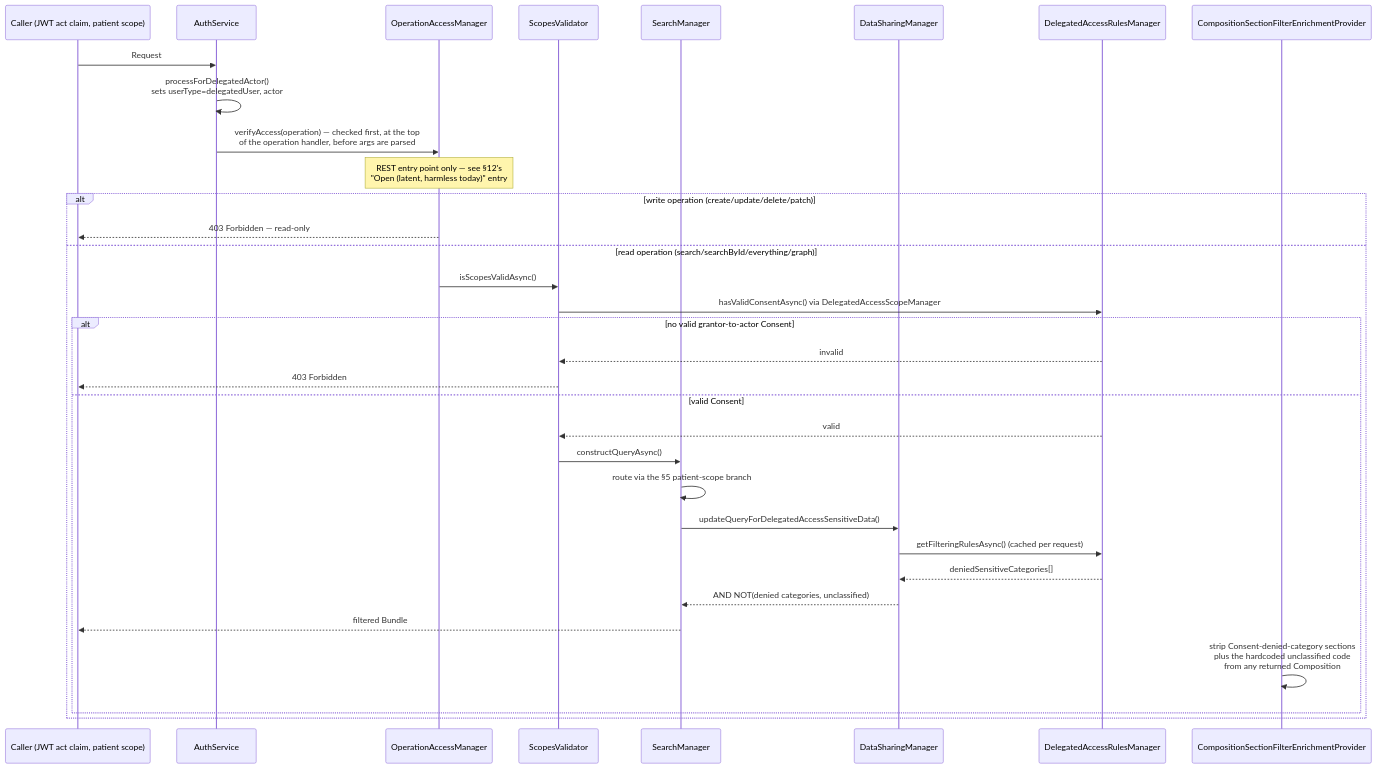
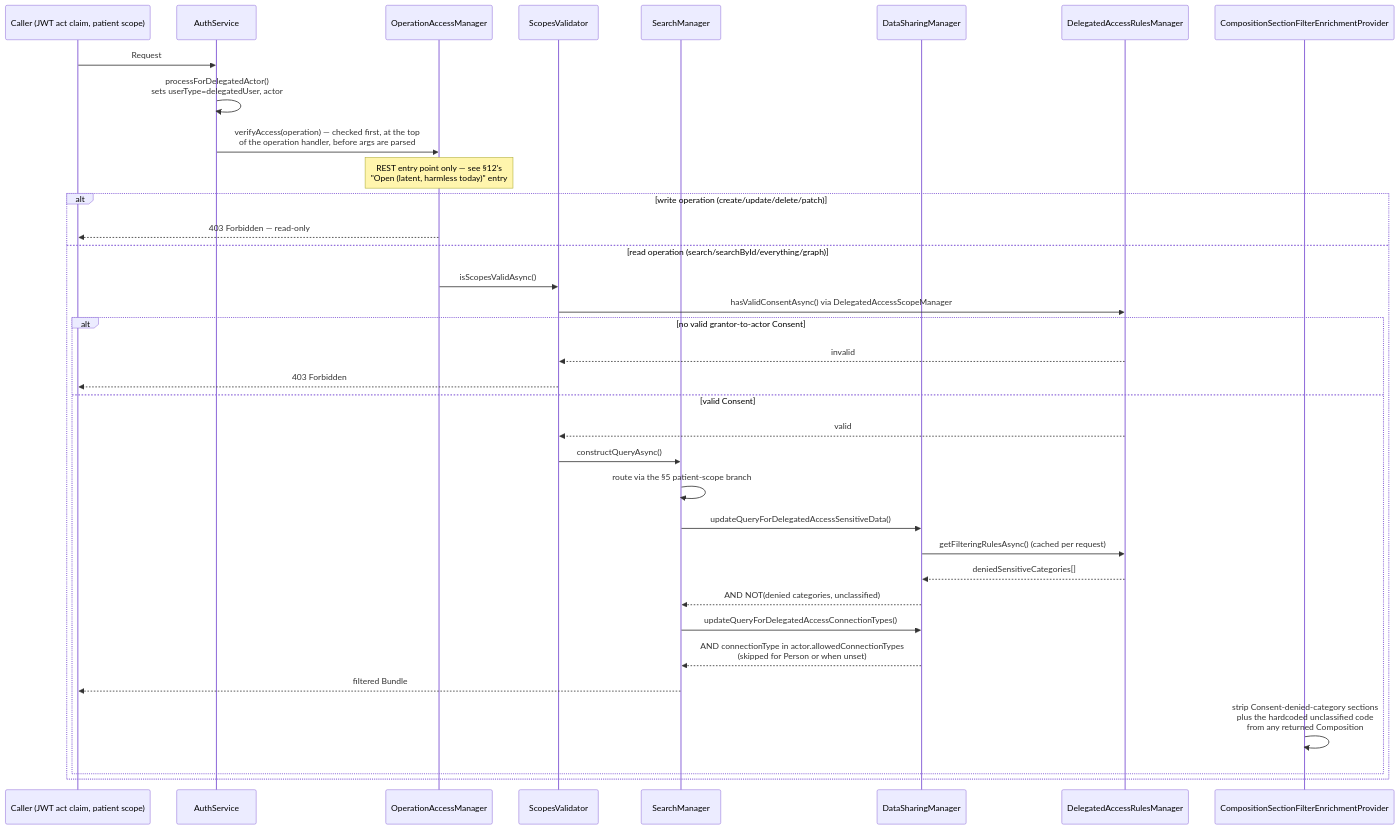
One commit to icanbwell/fhir-server changed the second of 2 diagrams in docs/resource-authorization.md. Above: the diagram before and after it, drawn with Mermaid. The commit also changed other lines of this file and 1 other file, not shown here.

Commit message:
DCON-6475 Document connection-type filtering for delegated Organization actors

````diff
--- a/docs/resource-authorization.md
+++ b/docs/resource-authorization.md
@@ -365,36 +368,38 @@
 ```mermaid
 sequenceDiagram
     participant C as Caller (JWT act claim, patient scope)
     participant Auth as AuthService
     participant OAM as OperationAccessManager
     participant SV as ScopesValidator
     participant SM as SearchManager
     participant DSM as DataSharingManager
     participant DARM as DelegatedAccessRulesManager
     participant Enrich as CompositionSectionFilterEnrichmentProvider
 
     C->>Auth: Request
     Auth->>Auth: processForDelegatedActor()<br/>sets userType=delegatedUser, actor
     Auth->>OAM: verifyAccess(operation) — checked first, at the top<br/>of the operation handler, before args are parsed
     Note over OAM: REST entry point only — see §12's<br/>"Open (latent, harmless today)" entry
     alt write operation (create/update/delete/patch)
         OAM-->>C: 403 Forbidden — read-only
     else read operation (search/searchById/everything/graph)
         OAM->>SV: isScopesValidAsync()
         SV->>DARM: hasValidConsentAsync() via DelegatedAccessScopeManager
         alt no valid grantor-to-actor Consent
             DARM-->>SV: invalid
             SV-->>C: 403 Forbidden
         else valid Consent
             DARM-->>SV: valid
             SV->>SM: constructQueryAsync()
             SM->>SM: route via the §5 patient-scope branch
             SM->>DSM: updateQueryForDelegatedAccessSensitiveData()
             DSM->>DARM: getFilteringRulesAsync() (cached per request)
             DARM-->>DSM: deniedSensitiveCategories[]
             DSM-->>SM: AND NOT(denied categories, unclassified)
+            SM->>DSM: updateQueryForDelegatedAccessConnectionTypes()
+            DSM-->>SM: AND connectionType in actor.allowedConnectionTypes<br/>(skipped for Person or when unset)
             SM-->>C: filtered Bundle
             Enrich->>Enrich: strip Consent-denied-category sections<br/>plus the hardcoded unclassified code<br/>from any returned Composition
         end
     end
 ```
````
